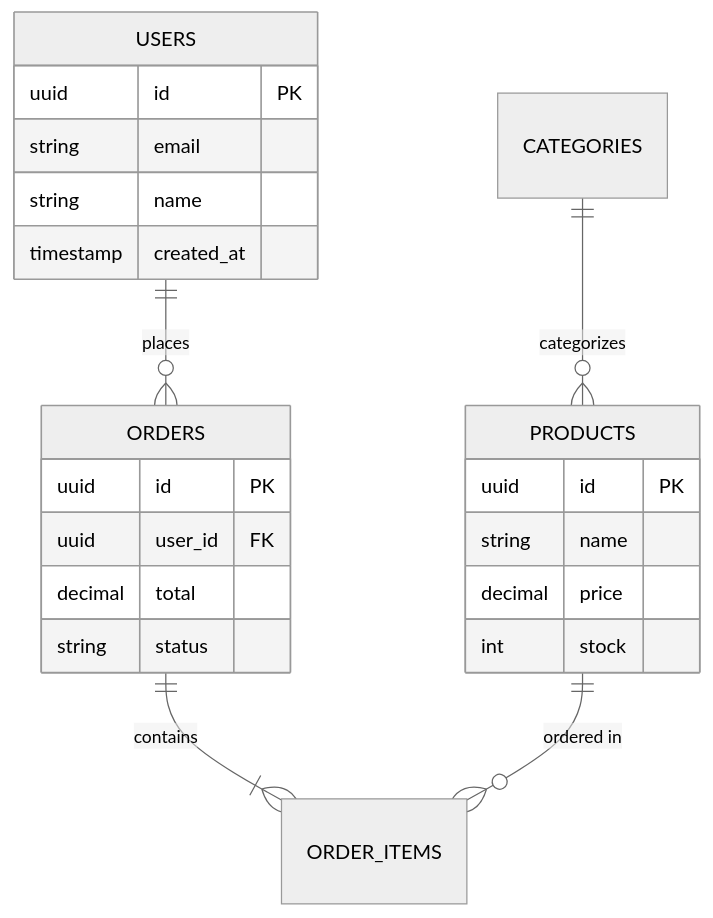
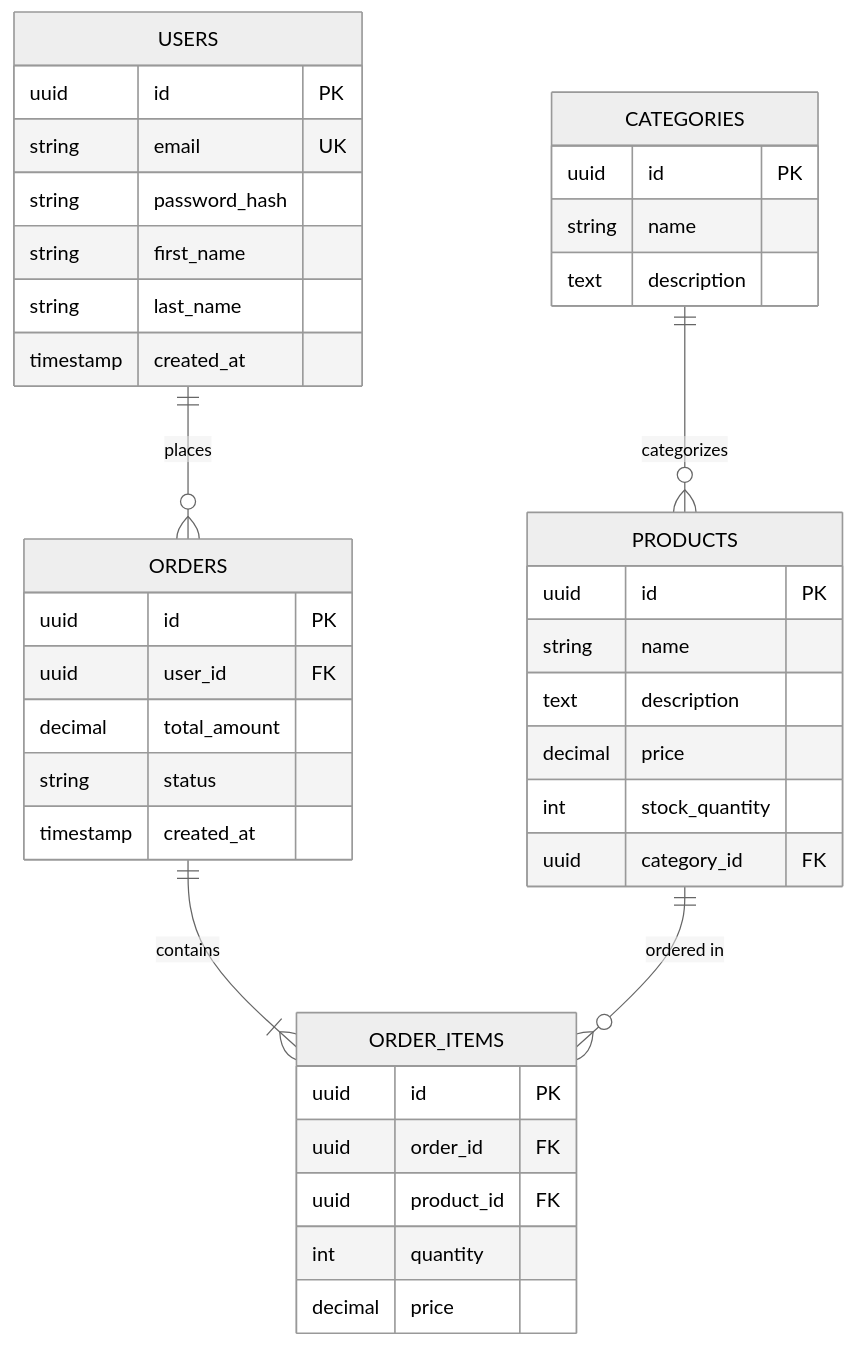
One commit to iouthnamain/tech-note changed the diagram in Full-Stack-Guides/Group-06-Database-Analysis/06.04_ER_Diagrams.md. Above: the diagram before and after it, drawn with Mermaid (neutral theme). The commit also changed other lines of this file and 480 other files, not shown here.

````diff
--- a/Full-Stack-Guides/Group-06-Database-Analysis/06.04_ER_Diagrams.md
+++ b/Full-Stack-Guides/Group-06-Database-Analysis/06.04_ER_Diagrams.md
@@ -23,28 +22,47 @@
 ```mermaid
 erDiagram
     USERS ||--o{ ORDERS : places
     ORDERS ||--|{ ORDER_ITEMS : contains
     PRODUCTS ||--o{ ORDER_ITEMS : "ordered in"
     CATEGORIES ||--o{ PRODUCTS : categorizes
     
     USERS {
         uuid id PK
-        string email
-        string name
+        string email UK
+        string password_hash
+        string first_name
+        string last_name
         timestamp created_at
     }
     
     ORDERS {
         uuid id PK
         uuid user_id FK
-        decimal total
+        decimal total_amount
         string status
+        timestamp created_at
+    }
+    
+    ORDER_ITEMS {
+        uuid id PK
+        uuid order_id FK
+        uuid product_id FK
+        int quantity
+        decimal price
     }
     
     PRODUCTS {
         uuid id PK
         string name
+        text description
         decimal price
-        int stock
+        int stock_quantity
+        uuid category_id FK
+    }
+    
+    CATEGORIES {
+        uuid id PK
+        string name
+        text description
     }
 ```
````
